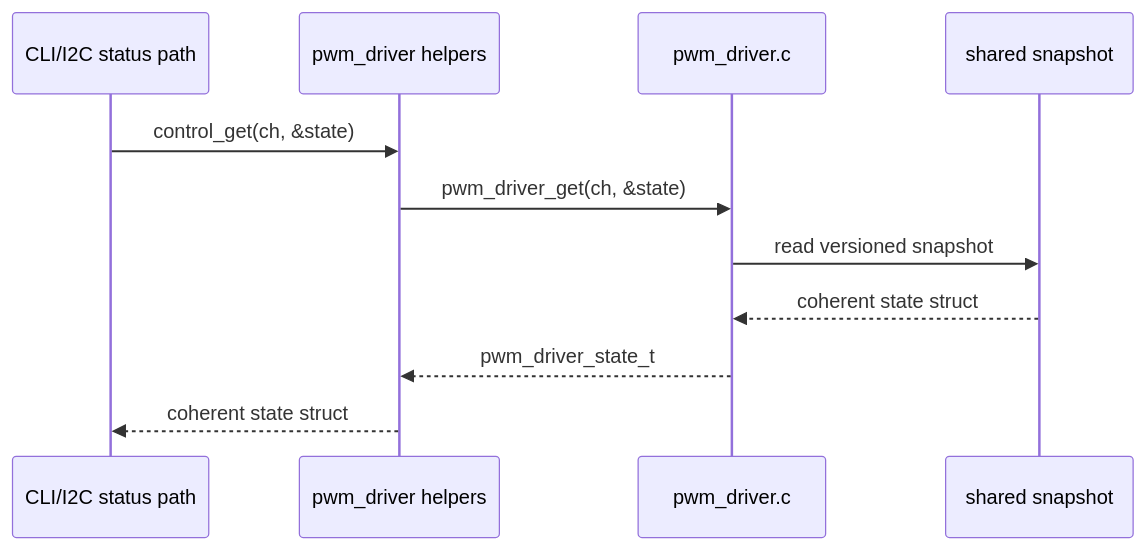
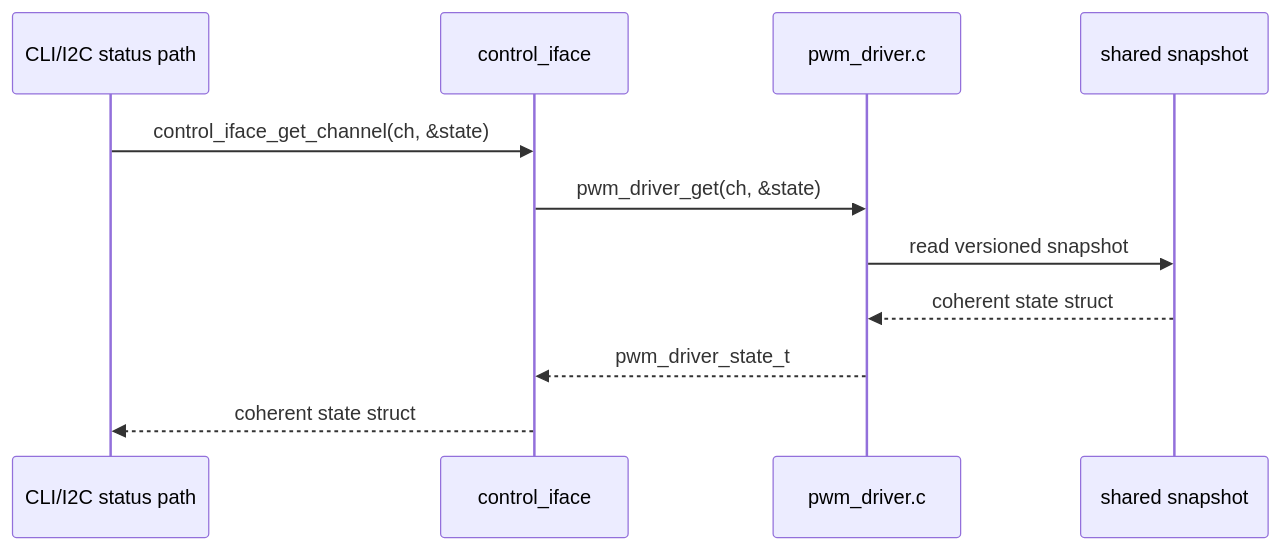
One commit to djwinter29-oss/PicoPWM changed the sixth of 6 diagrams in docs/detail/pwm_driver_design.md. Above: the diagram before and after it, drawn with Mermaid. The commit also changed other lines of this file and 23 other files, not shown here.

````diff
--- a/docs/detail/pwm_driver_design.md
+++ b/docs/detail/pwm_driver_design.md
@@ -354,14 +351,14 @@
 ```mermaid
 sequenceDiagram
     participant UI as CLI/I2C status path
-    participant CTL as pwm_driver helpers
+    participant CTL as control_iface
     participant WR as pwm_driver.c
     participant SS as shared snapshot
 
-    UI->>CTL: control_get(ch, &state)
+    UI->>CTL: control_iface_get_channel(ch, &state)
     CTL->>WR: pwm_driver_get(ch, &state)
     WR->>SS: read versioned snapshot
     SS-->>WR: coherent state struct
     WR-->>CTL: pwm_driver_state_t
     CTL-->>UI: coherent state struct
 ```
````
